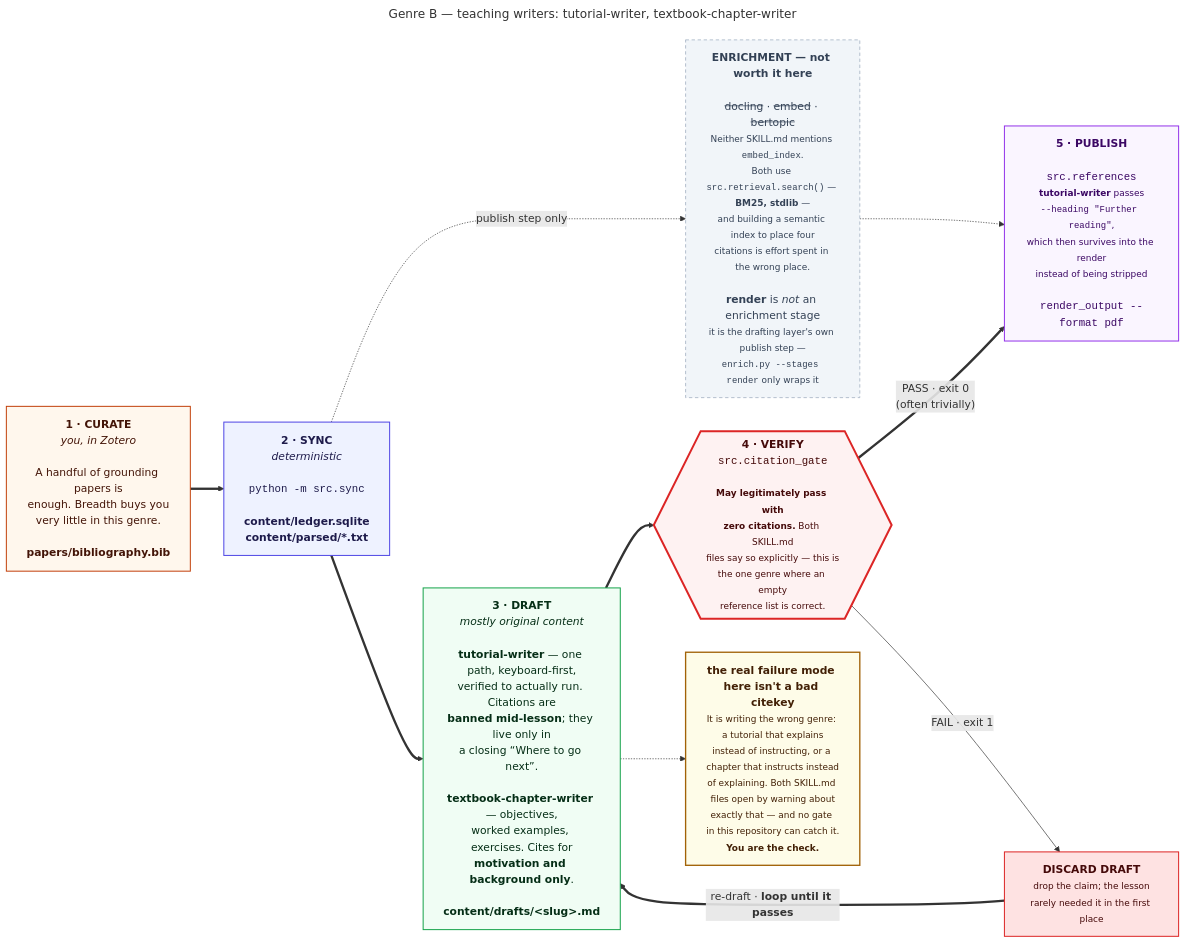
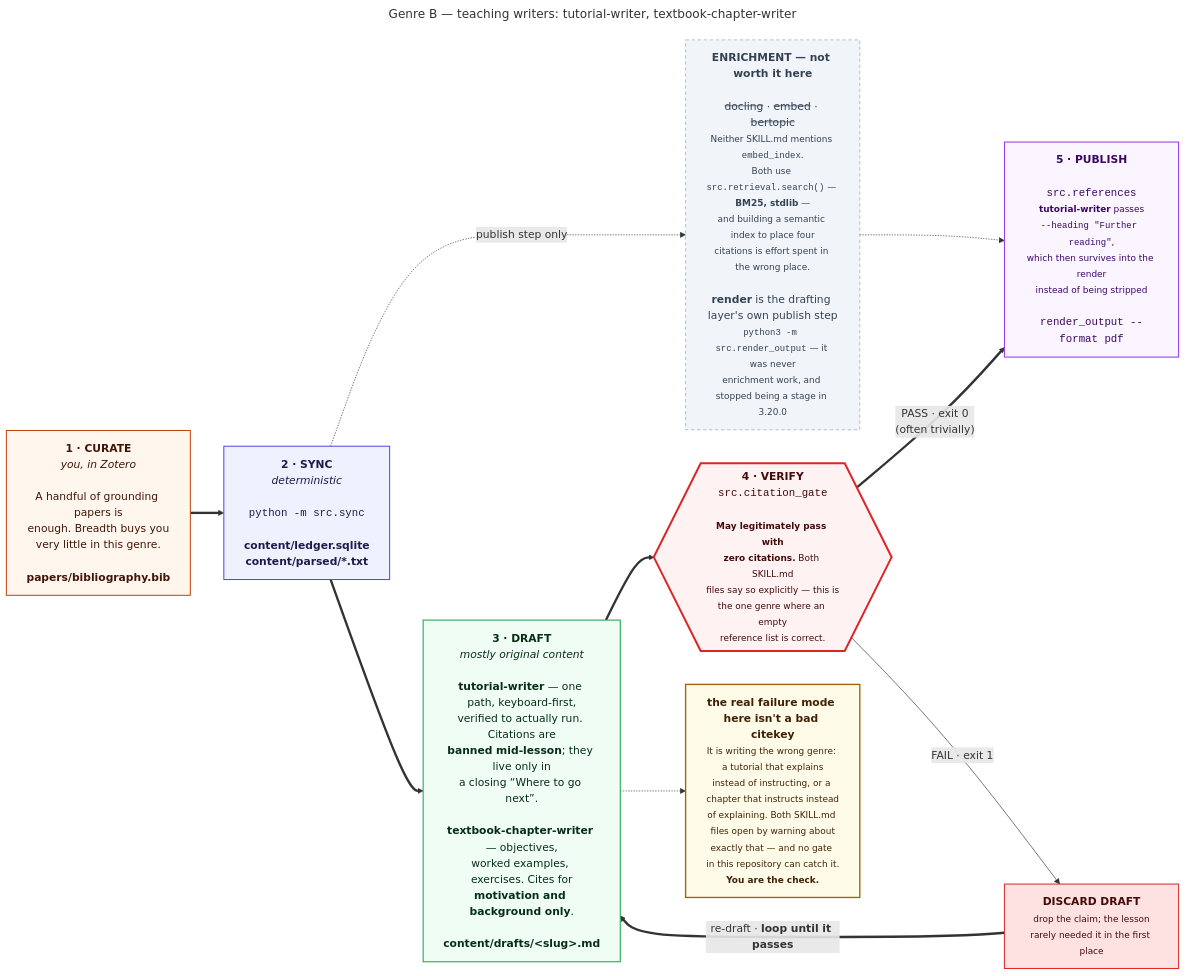
Before and after one commit to prasadtalasila/chitragupta: the diagram in docs/diagrams/g2-teaching.mmd, drawn with Mermaid. The commit also changed 32 other files, not shown here.

```diff
--- a/docs/diagrams/g2-teaching.mmd
+++ b/docs/diagrams/g2-teaching.mmd
@@ -1,46 +1,46 @@
 ---
 title: "Genre B — teaching writers: tutorial-writer, textbook-chapter-writer"
 ---
 flowchart LR
 
   P0["<b>1 · CURATE</b><br/><i>you, in Zotero</i><br/><br/>A handful of grounding papers is<br/>enough. Breadth buys you<br/>very little in this genre.<br/><br/><b>papers/bibliography.bib</b>"]
 
   P1["<b>2 · SYNC</b><br/><i>deterministic</i><br/><br/><code>python -m src.sync</code><br/><br/><b>content/ledger.sqlite</b><br/><b>content/parsed/*.txt</b>"]
 
-  HEAVY["<b>ENRICHMENT — not worth it here</b><br/><br/><s>docling</s> · <s>embed</s> · <s>bertopic</s><br/><small>Neither SKILL.md mentions <code>embed_index</code>.<br/>Both use <code>src.retrieval.search()</code> — <b>BM25, stdlib</b> —<br/>and building a semantic index to place four<br/>citations is effort spent in the wrong place.</small><br/><br/><b>render</b> is <i>not</i> an enrichment stage<br/><small>it is the drafting layer's own publish step —<br/><code>enrich.py --stages render</code> only wraps it</small>"]
+  HEAVY["<b>ENRICHMENT — not worth it here</b><br/><br/><s>docling</s> · <s>embed</s> · <s>bertopic</s><br/><small>Neither SKILL.md mentions <code>embed_index</code>.<br/>Both use <code>src.retrieval.search()</code> — <b>BM25, stdlib</b> —<br/>and building a semantic index to place four<br/>citations is effort spent in the wrong place.</small><br/><br/><b>render</b> is the drafting layer's own publish step<br/><small><code>python3 -m src.render_output</code> — it was never<br/>enrichment work, and stopped being a stage in 3.20.0</small>"]
 
   P2["<b>3 · DRAFT</b><br/><i>mostly original content</i><br/><br/><b>tutorial-writer</b> — one path, keyboard-first,<br/>verified to actually run. Citations are<br/><b>banned mid-lesson</b>; they live only in<br/>a closing “Where to go next”.<br/><br/><b>textbook-chapter-writer</b> — objectives,<br/>worked examples, exercises. Cites for<br/><b>motivation and background only</b>.<br/><br/><b>content/drafts/&lt;slug&gt;.md</b>"]
 
   P3{{"<b>4 · VERIFY</b><br/><code>src.citation_gate</code><br/><br/><small><b>May legitimately pass with<br/>zero citations.</b> Both SKILL.md<br/>files say so explicitly — this is<br/>the one genre where an empty<br/>reference list is correct.</small>"}}
 
   FIX["<b>DISCARD DRAFT</b><br/><small>drop the claim; the lesson<br/>rarely needed it in the first place</small>"]
 
   P4["<b>5 · PUBLISH</b><br/><br/><code>src.references</code><br/><small><b>tutorial-writer</b> passes<br/><code>--heading &quot;Further reading&quot;</code>,<br/>which then survives into the render<br/>instead of being stripped</small><br/><br/><code>render_output --format pdf</code>"]
 
   RISK["<b>the real failure mode here isn't a bad citekey</b><br/><small>It is writing the wrong genre: a tutorial that explains<br/>instead of instructing, or a chapter that instructs instead<br/>of explaining. Both SKILL.md files open by warning about<br/>exactly that — and no gate in this repository can catch it.<br/><b>You are the check.</b></small>"]
 
   P0 ==> P1 ==> P2 ==> P3
   P1 -. "publish step only" .-> HEAVY
   HEAVY -.-> P4
   P3 == "PASS · exit 0<br/>(often trivially)" ==> P4
   P3 -- "FAIL · exit 1" --> FIX
   FIX == "re-draft · <b>loop until it passes</b>" ==> P2
   P2 -.-> RISK
 
   classDef you fill:#fff7ed,stroke:#c2410c,stroke-width:1.5px,color:#431407
   classDef det fill:#eef2ff,stroke:#4f46e5,stroke-width:1.5px,color:#1e1b4b
   classDef gen fill:#f0fdf4,stroke:#16a34a,stroke-width:1.5px,color:#052e16
   classDef gate fill:#fef2f2,stroke:#dc2626,stroke-width:3px,color:#450a0a
   classDef out fill:#faf5ff,stroke:#9333ea,stroke-width:1.5px,color:#3b0764
   classDef bad fill:#fee2e2,stroke:#dc2626,stroke-width:1.5px,color:#450a0a
   classDef off fill:#f1f5f9,stroke:#94a3b8,stroke-dasharray:5 4,color:#334155
   classDef risk fill:#fefce8,stroke:#a16207,stroke-width:2px,color:#422006
 
   class P0 you
   class P1 det
   class P2 gen
   class P3 gate
   class P4 out
   class FIX bad
   class HEAVY off
   class RISK risk
```
